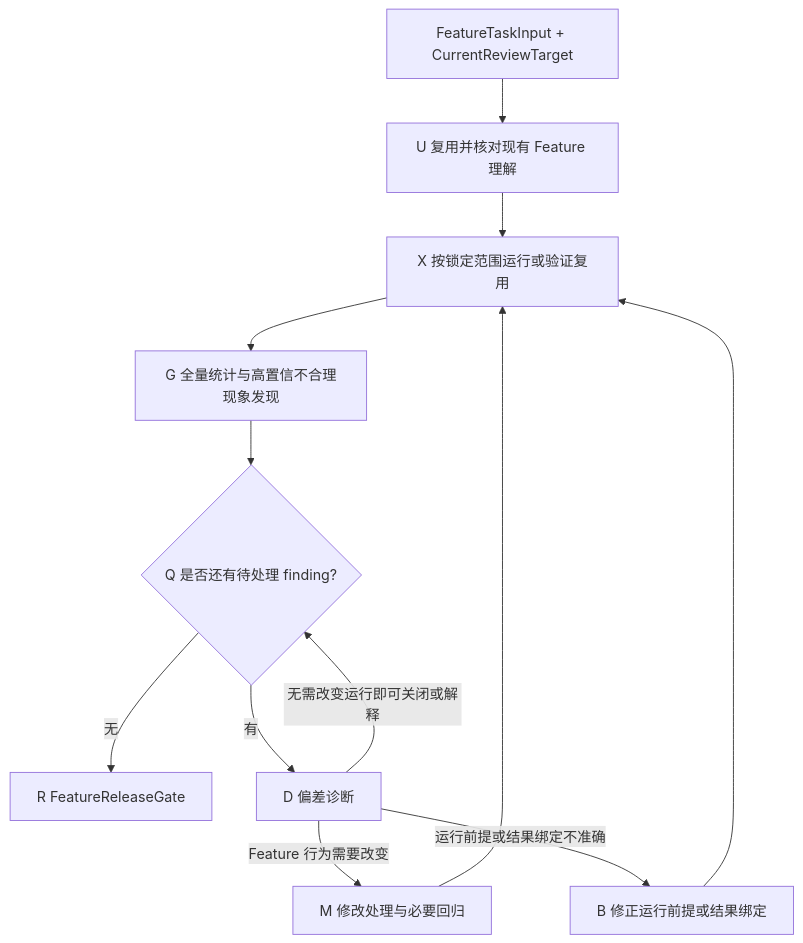
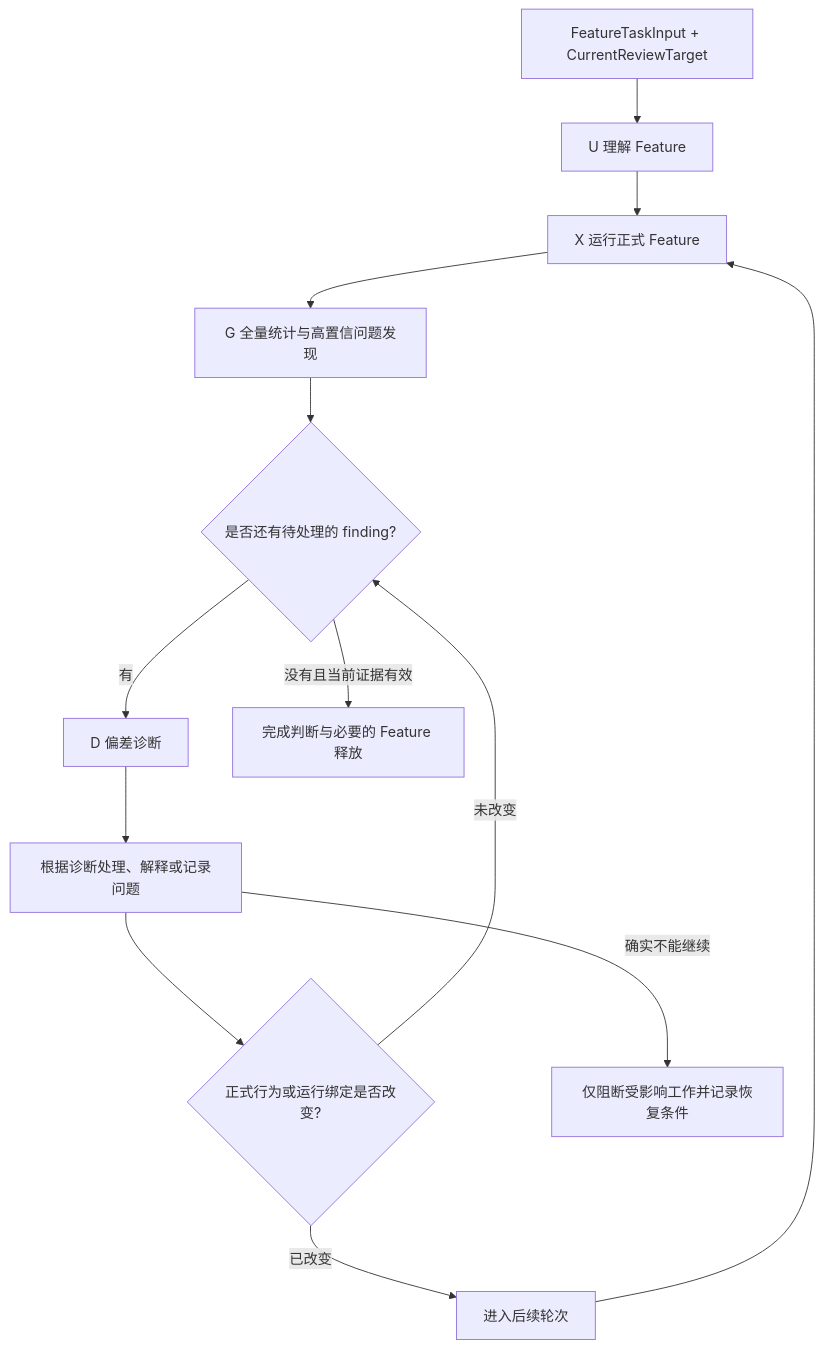
One commit to daowei2026/observe-iterate changed the diagram in control/01_L0_统计驱动的单特征闭环.md. Above: the diagram before and after it, drawn with Mermaid. The commit also changed other lines of this file and 11 other files, not shown here.

Commit message:
Simplify control to first-round feature workflow, retire redundant L1/L2, preserve release semantics

````diff
--- a/control/01_L0_统计驱动的单特征闭环.md
+++ b/control/01_L0_统计驱动的单特征闭环.md
@@ -5,14 +11,15 @@
 ```mermaid
 flowchart TD
-  I[FeatureTaskInput + CurrentReviewTarget] --> U[U 复用并核对现有 Feature 理解]
-  U --> X[X 按锁定范围运行或验证复用]
-  X --> G[G 全量统计与高置信不合理现象发现]
-  G --> Q{Q 是否还有待处理 finding?}
-  Q -->|无| R[R FeatureReleaseGate]
-  Q -->|有| D[D 偏差诊断]
-  D -->|Feature 行为需要改变| M[M 修改处理与必要回归]
-  M --> X
-  D -->|运行前提或结果绑定不准确| B[B 修正运行前提或结果绑定]
-  B --> X
-  D -->|无需改变运行即可关闭或解释| Q
+  I[FeatureTaskInput + CurrentReviewTarget] --> U[U 理解 Feature]
+  U --> X[X 运行正式 Feature]
+  X --> G[G 全量统计与高置信问题发现]
+  G --> F{是否还有待处理的 finding?}
+  F -->|有| D[D 偏差诊断]
+  D --> P[根据诊断处理、解释或记录问题]
+  P --> C{正式行为或运行绑定是否改变?}
+  C -->|未改变| F
+  C -->|已改变| N[进入后续轮次]
+  N --> X
+  P -->|确实不能继续| BLOCKED[仅阻断受影响工作并记录恢复条件]
+  F -->|没有且当前证据有效| R[完成判断与必要的 Feature 释放]
 ```
````
